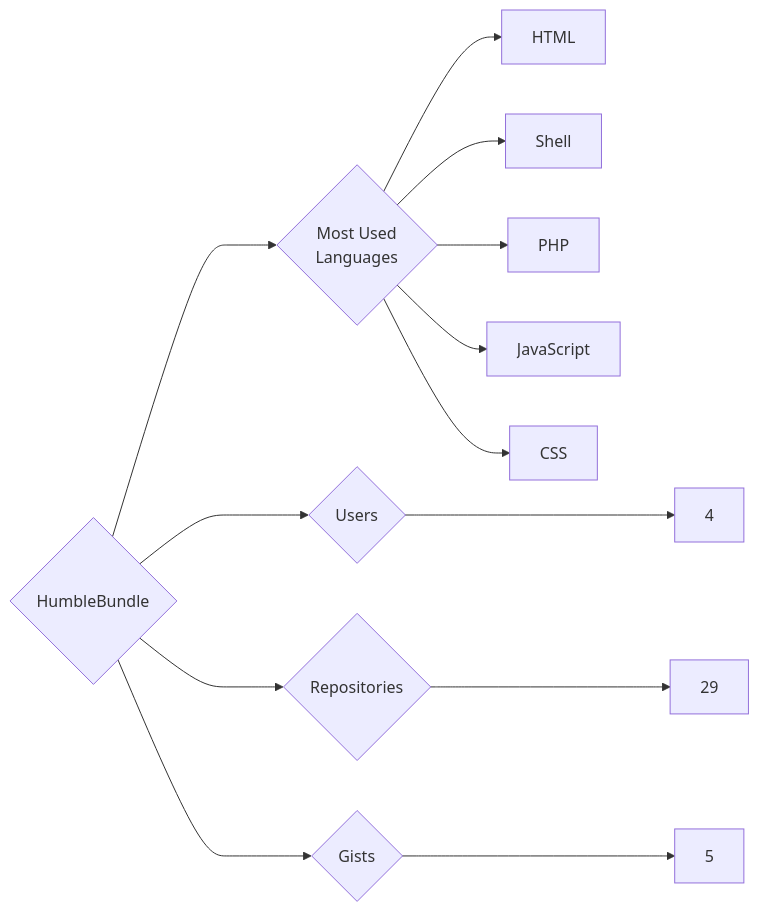
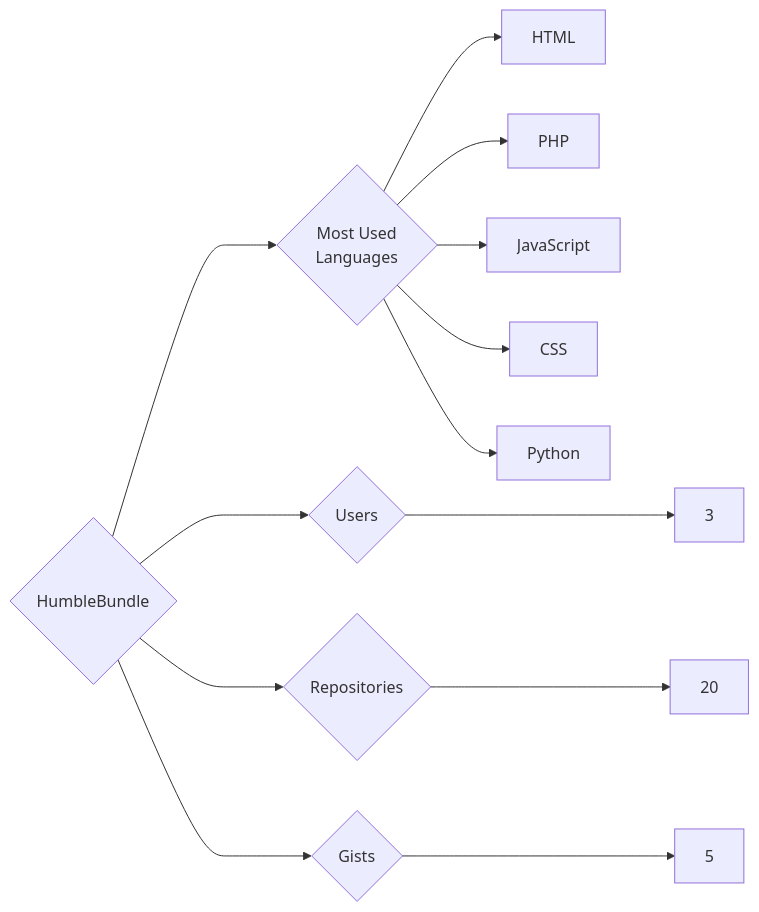
One commit to trickest/insiders changed the diagram in targets/HumbleBundle/README.md. Above: the diagram before and after it, drawn with Mermaid. The commit also changed 1088 other files, not shown here.

````diff
--- a/targets/HumbleBundle/README.md
+++ b/targets/HumbleBundle/README.md
@@ -3,13 +3,13 @@
 ```mermaid
 graph LR
 COMPANY_NAME{HumbleBundle}
-COMPANY_NAME ---> U{Users} ---> UN[4]
-COMPANY_NAME ---> R{Repositories} ---> RN[29]
+COMPANY_NAME ---> U{Users} ---> UN[3]
+COMPANY_NAME ---> R{Repositories} ---> RN[20]
 COMPANY_NAME ---> G{Gists} ---> GN[5]
 COMPANY_NAME ---> ML{Most Used<br>Languages}
 ML --> HTML[HTML]
-ML --> Shell[Shell]
 ML --> PHP[PHP]
 ML --> JavaScript[JavaScript]
 ML --> CSS[CSS]
+ML --> Python[Python]
 ```
````
